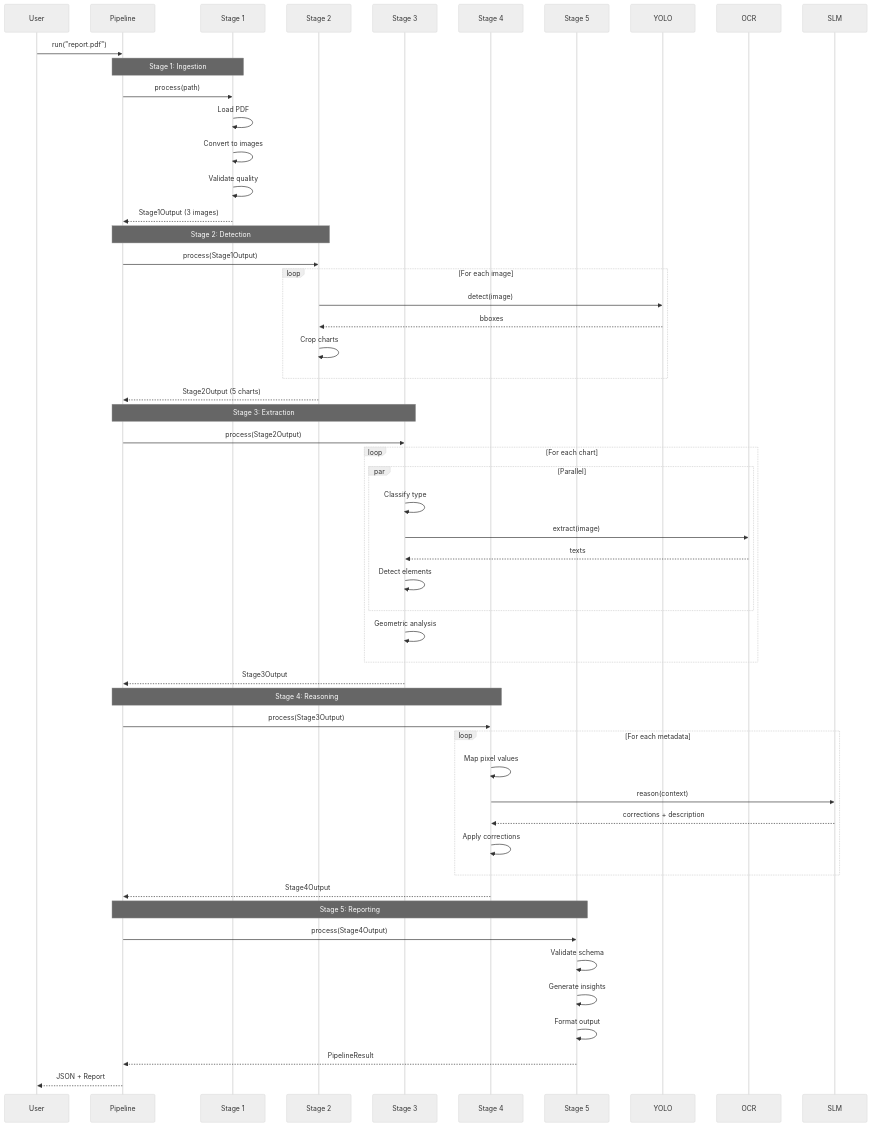
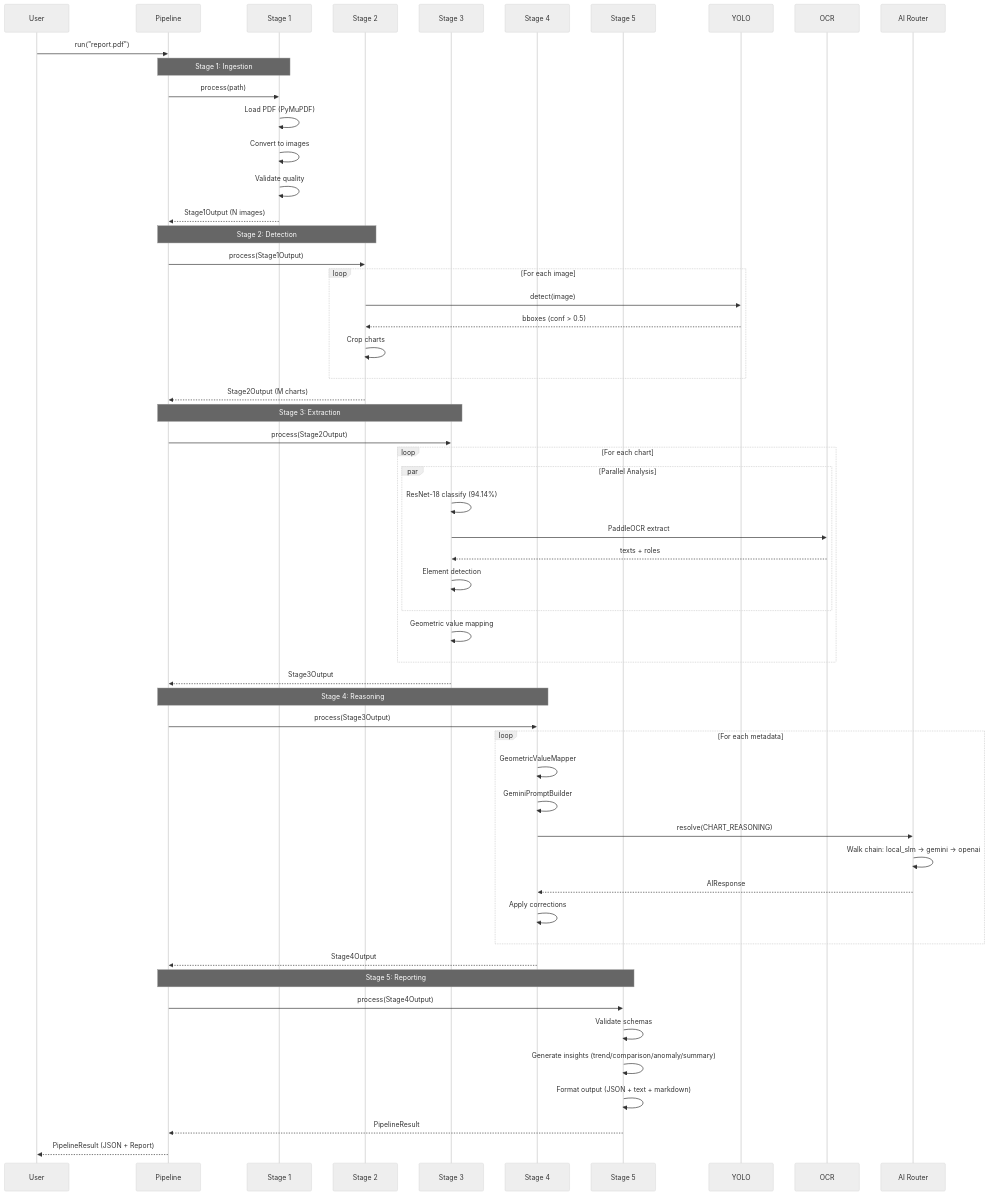
The tenth of 11 diagrams in docs/architecture/PIPELINE_FLOW.md (thatlq1812/chart_analysis_ai_v3), drawn with Mermaid (neutral theme) before and after one commit. The commit also changed other lines of this file and 20 other files, not shown here.

````diff
--- a/docs/architecture/PIPELINE_FLOW.md
+++ b/docs/architecture/PIPELINE_FLOW.md
@@ -538,63 +632,65 @@
 ```mermaid
 sequenceDiagram
     participant User
     participant Pipeline
     participant S1 as Stage 1
     participant S2 as Stage 2
     participant S3 as Stage 3
     participant S4 as Stage 4
     participant S5 as Stage 5
     participant YOLO
     participant OCR
-    participant SLM
-    
+    participant Router as AI Router
+
     User->>Pipeline: run("report.pdf")
-    
+
     Note over Pipeline,S1: Stage 1: Ingestion
     Pipeline->>S1: process(path)
-    S1->>S1: Load PDF
+    S1->>S1: Load PDF (PyMuPDF)
     S1->>S1: Convert to images
     S1->>S1: Validate quality
-    S1-->>Pipeline: Stage1Output (3 images)
-    
+    S1-->>Pipeline: Stage1Output (N images)
+
     Note over Pipeline,S2: Stage 2: Detection
     Pipeline->>S2: process(Stage1Output)
     loop For each image
         S2->>YOLO: detect(image)
-        YOLO-->>S2: bboxes
+        YOLO-->>S2: bboxes (conf > 0.5)
         S2->>S2: Crop charts
     end
-    S2-->>Pipeline: Stage2Output (5 charts)
-    
+    S2-->>Pipeline: Stage2Output (M charts)
+
     Note over Pipeline,S3: Stage 3: Extraction
     Pipeline->>S3: process(Stage2Output)
     loop For each chart
-        par Parallel
-            S3->>S3: Classify type
-            S3->>OCR: extract(image)
-            OCR-->>S3: texts
-            S3->>S3: Detect elements
+        par Parallel Analysis
+            S3->>S3: ResNet-18 classify (94.14%)
+            S3->>OCR: PaddleOCR extract
+            OCR-->>S3: texts + roles
+            S3->>S3: Element detection
         end
-        S3->>S3: Geometric analysis
+        S3->>S3: Geometric value mapping
     end
     S3-->>Pipeline: Stage3Output
-    
+
     Note over Pipeline,S4: Stage 4: Reasoning
     Pipeline->>S4: process(Stage3Output)
     loop For each metadata
-        S4->>S4: Map pixel values
-        S4->>SLM: reason(context)
-        SLM-->>S4: corrections + description
+        S4->>S4: GeometricValueMapper
+        S4->>S4: GeminiPromptBuilder
+        S4->>Router: resolve(CHART_REASONING)
+        Router->>Router: Walk chain: local_slm -> gemini -> openai
+        Router-->>S4: AIResponse
         S4->>S4: Apply corrections
     end
     S4-->>Pipeline: Stage4Output
-    
+
     Note over Pipeline,S5: Stage 5: Reporting
     Pipeline->>S5: process(Stage4Output)
-    S5->>S5: Validate schema
-    S5->>S5: Generate insights
-    S5->>S5: Format output
+    S5->>S5: Validate schemas
+    S5->>S5: Generate insights (trend/comparison/anomaly/summary)
+    S5->>S5: Format output (JSON + text + markdown)
     S5-->>Pipeline: PipelineResult
-    
-    Pipeline-->>User: JSON + Report
+
+    Pipeline-->>User: PipelineResult (JSON + Report)
 ```
````
